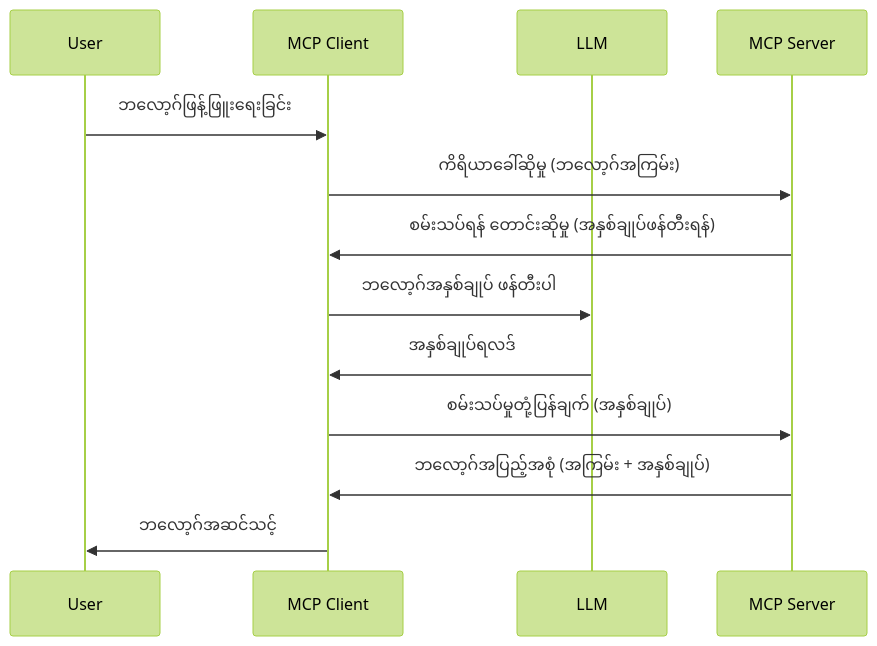
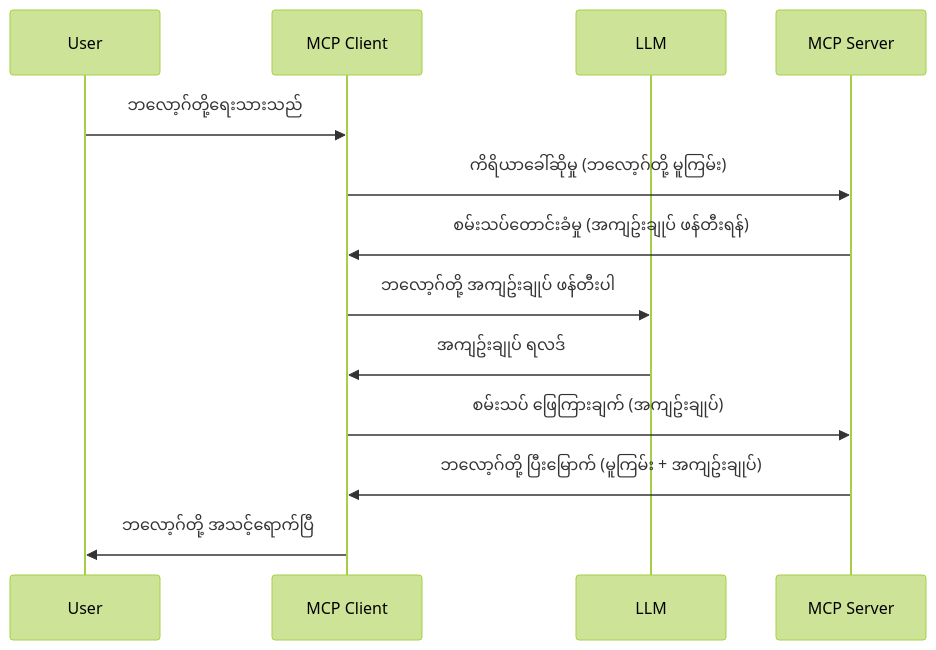
One commit to HIDORAKAI002/ai-workspace-archive changed the diagram in mcp_ecosystem__model_context_protocol/mcp_learning_resources/mcp-for-beginners/translations/my/03-GettingStarted/14-sampling/README.md. Above: the diagram before and after it, drawn with Mermaid (forest theme). The commit also changed other lines of this file and 1160 other files, not shown here.

````diff
--- a/mcp_ecosystem__model_context_protocol/mcp_learning_resources/mcp-for-beginners/translations/my/03-GettingStarted/14-sampling/README.md
+++ b/mcp_ecosystem__model_context_protocol/mcp_learning_resources/mcp-for-beginners/translations/my/03-GettingStarted/14-sampling/README.md
@@ -23,16 +23,16 @@
 ```mermaid
 sequenceDiagram
     participant User
     participant MCP Client
     participant LLM
     participant MCP Server
 
-    User->>MCP Client: ဘလော့ဂ်ဖြန့်ဖြူးရေးခြင်း
-    MCP Client->>MCP Server: ကိရိယာခေါ်ဆိုမှု (ဘလော့ဂ်အကြမ်း)
-    MCP Server->>MCP Client: စမ်းသပ်ရန် တောင်းဆိုမှု (အနှစ်ချုပ်ဖန်တီးရန်)
-    MCP Client->>LLM: ဘလော့ဂ်အနှစ်ချုပ် ဖန်တီးပါ
-    LLM->>MCP Client: အနှစ်ချုပ်ရလဒ်
-    MCP Client->>MCP Server: စမ်းသပ်မှုတုံ့ပြန်ချက် (အနှစ်ချုပ်)
-    MCP Server->>MCP Client: ဘလော့ဂ်အပြည့်အစုံ (အကြမ်း + အနှစ်ချုပ်)
-    MCP Client->>User: ဘလော့ဂ်အဆင်သင့်
+    User->>MCP Client: ဘလော့ဂ်တို့ရေးသားသည်
+    MCP Client->>MCP Server: ကိရိယာခေါ်ဆိုမှု (ဘလော့ဂ်တို့ မူကြမ်း)
+    MCP Server->>MCP Client: စမ်းသပ်တောင်းခံမှု (အကျဥ်းချုပ် ဖန်တီးရန်)
+    MCP Client->>LLM: ဘလော့ဂ်တို့ အကျဥ်းချုပ် ဖန်တီးပါ
+    LLM->>MCP Client: အကျဥ်းချုပ် ရလဒ်
+    MCP Client->>MCP Server: စမ်းသပ် ဖြေကြားချက် (အကျဥ်းချုပ်)
+    MCP Server->>MCP Client: ဘလော့ဂ်တို့ ပြီးမြောက် (မူကြမ်း + အကျဥ်းချုပ်)
+    MCP Client->>User: ဘလော့ဂ်တို့ အသင့်ရောက်ပြီ
 ```
````
